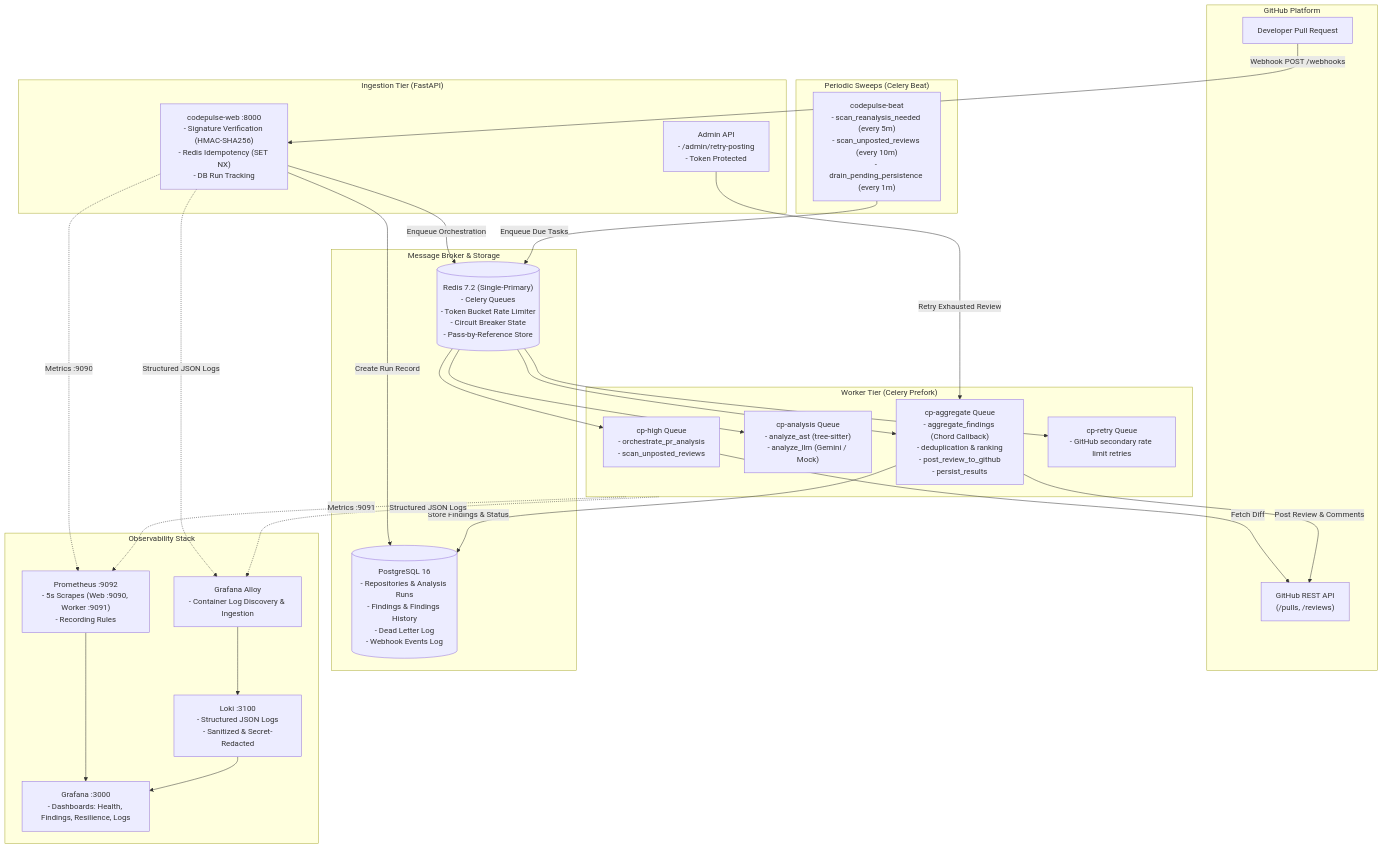
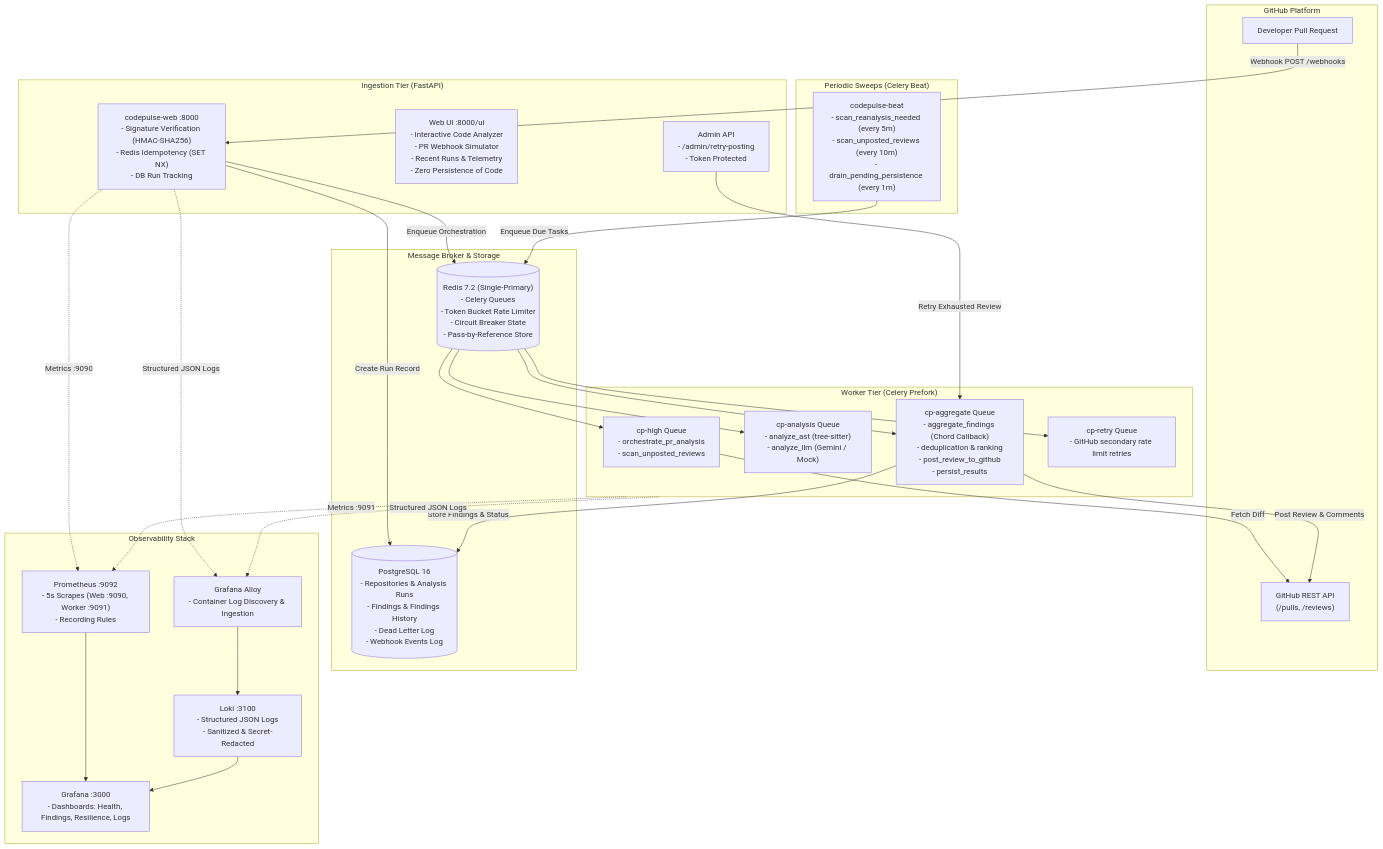
One commit to bearAtharv/codepulse-ai changed the first of 3 diagrams in README.md. Above: the diagram before and after it, drawn with Mermaid. The commit also changed other lines of this file and 4 other files, not shown here.

````diff
--- a/README.md
+++ b/README.md
@@ -13,57 +13,58 @@
 ```mermaid
 flowchart TD
     subgraph GitHub ["GitHub Platform"]
         PR["Developer Pull Request"]
         GH_API["GitHub REST API\n(/pulls, /reviews)"]
     end
 
     subgraph Ingestion ["Ingestion Tier (FastAPI)"]
         WEB["codepulse-web :8000\n- Signature Verification (HMAC-SHA256)\n- Redis Idempotency (SET NX)\n- DB Run Tracking"]
+        UI["Web UI :8000/ui\n- Interactive Code Analyzer\n- PR Webhook Simulator\n- Recent Runs & Telemetry\n- Zero Persistence of Code"]
         ADMIN["Admin API\n- /admin/retry-posting\n- Token Protected"]
     end
 
     subgraph Broker ["Message Broker & Storage"]
         REDIS[("Redis 7.2 (Single-Primary)\n- Celery Queues\n- Token Bucket Rate Limiter\n- Circuit Breaker State\n- Pass-by-Reference Store")]
         POSTGRES[("PostgreSQL 16\n- Repositories & Analysis Runs\n- Findings & Findings History\n- Dead Letter Log\n- Webhook Events Log")]
     end
 
     subgraph Workers ["Worker Tier (Celery Prefork)"]
         W_HIGH["cp-high Queue\n- orchestrate_pr_analysis\n- scan_unposted_reviews"]
         W_ANALYSIS["cp-analysis Queue\n- analyze_ast (tree-sitter)\n- analyze_llm (Gemini / Mock)"]
         W_AGG["cp-aggregate Queue\n- aggregate_findings (Chord Callback)\n- deduplication & ranking\n- post_review_to_github\n- persist_results"]
         W_RETRY["cp-retry Queue\n- GitHub secondary rate limit retries"]
     end
 
     subgraph Scheduler ["Periodic Sweeps (Celery Beat)"]
         BEAT["codepulse-beat\n- scan_reanalysis_needed (every 5m)\n- scan_unposted_reviews (every 10m)\n- drain_pending_persistence (every 1m)"]
     end
 
     subgraph Observability ["Observability Stack"]
         PROM["Prometheus :9092\n- 5s Scrapes (Web :9090, Worker :9091)\n- Recording Rules"]
         GRAFANA["Grafana :3000\n- Dashboards: Health, Findings, Resilience, Logs"]
         LOKI["Loki :3100\n- Structured JSON Logs\n- Sanitized & Secret-Redacted"]
         ALLOY["Grafana Alloy\n- Container Log Discovery & Ingestion"]
     end
 
     PR -->|Webhook POST /webhooks| WEB
     WEB -->|Enqueue Orchestration| REDIS
     WEB -->|Create Run Record| POSTGRES
     REDIS --> W_HIGH
     REDIS --> W_ANALYSIS
     REDIS --> W_AGG
     REDIS --> W_RETRY
     BEAT -->|Enqueue Due Tasks| REDIS
 
     W_HIGH -->|Fetch Diff| GH_API
     W_AGG -->|Post Review & Comments| GH_API
     W_AGG -->|Store Findings & Status| POSTGRES
     ADMIN -->|Retry Exhausted Review| W_AGG
 
     WEB -.->|Metrics :9090| PROM
     Workers -.->|Metrics :9091| PROM
     Workers -.->|Structured JSON Logs| ALLOY
     WEB -.->|Structured JSON Logs| ALLOY
     ALLOY --> LOKI
     PROM --> GRAFANA
     LOKI --> GRAFANA
 ```
````
